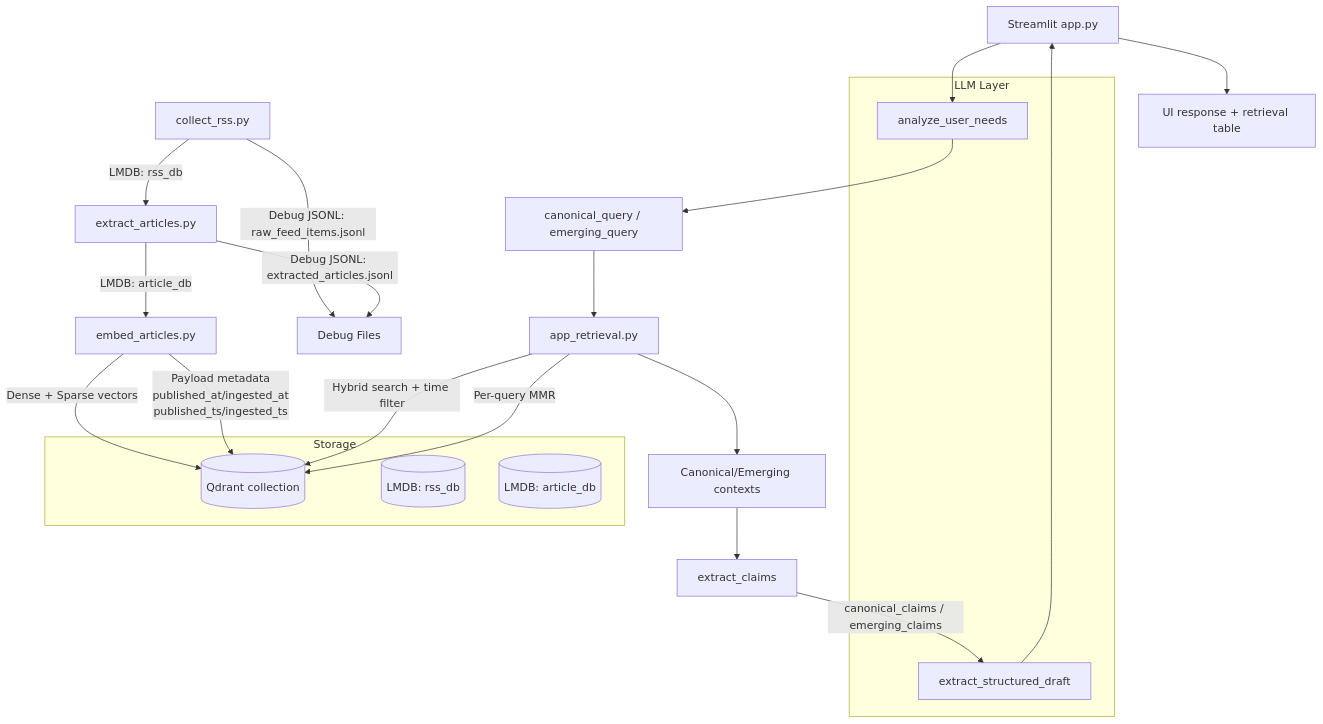
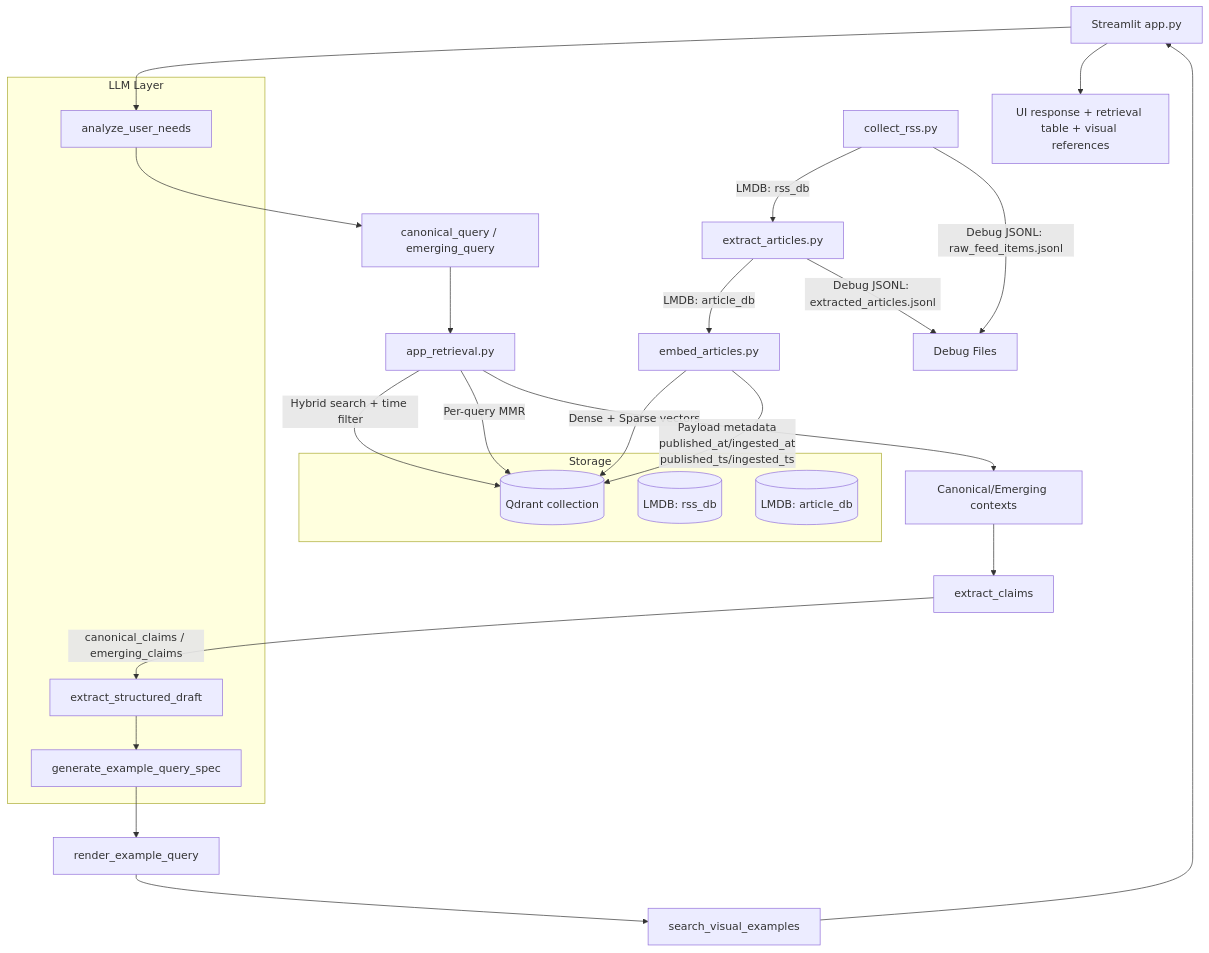
One commit to mofuteq/trend-to-rule changed the diagram in README.md. Above: the diagram before and after it, drawn with Mermaid. The commit also changed other lines of this file and 18 other files, not shown here.

Commit message:
feat: add visual example retrieval pipeline and refactor related modules

````diff
--- a/README.md
+++ b/README.md
@@ -57,35 +84,39 @@
 ```mermaid
 flowchart TD
     A[collect_rss.py] -->|LMDB: rss_db| B[extract_articles.py]
     A -->|Debug JSONL: raw_feed_items.jsonl| J1[Debug Files]
 
     B -->|LMDB: article_db| C[embed_articles.py]
     B -->|Debug JSONL: extracted_articles.jsonl| J1
 
     C -->|Dense + Sparse vectors| D[(Qdrant collection)]
     C -->|Payload metadata\npublished_at/ingested_at\npublished_ts/ingested_ts| D
 
     E[Streamlit app.py] --> F[analyze_user_needs]
     F --> G[canonical_query / emerging_query]
 
     G --> H[app_retrieval.py]
     H -->|Hybrid search + time filter| D
     H -->|Per-query MMR| D
     H --> I[Canonical/Emerging contexts]
 
     I --> J[extract_claims]
     J -->|canonical_claims / emerging_claims| K[extract_structured_draft]
-    K --> E
-    E --> L[UI response + retrieval table]
+    K --> M[generate_example_query_spec]
+    M --> N[render_example_query]
+    N --> O[search_visual_examples]
+    O --> E
+    E --> L[UI response + retrieval table + visual references]
 
     subgraph LLM Layer
       F
       K
+      M
     end
 
     subgraph Storage
       B1[(LMDB: rss_db)]
       B2[(LMDB: article_db)]
       D
     end
 ```
````
